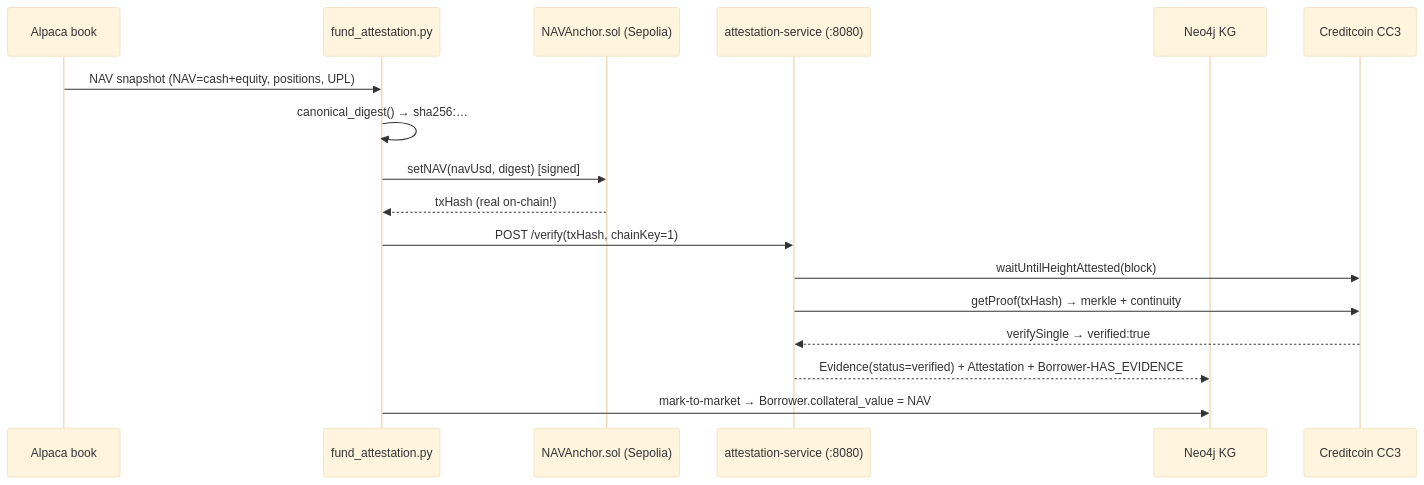
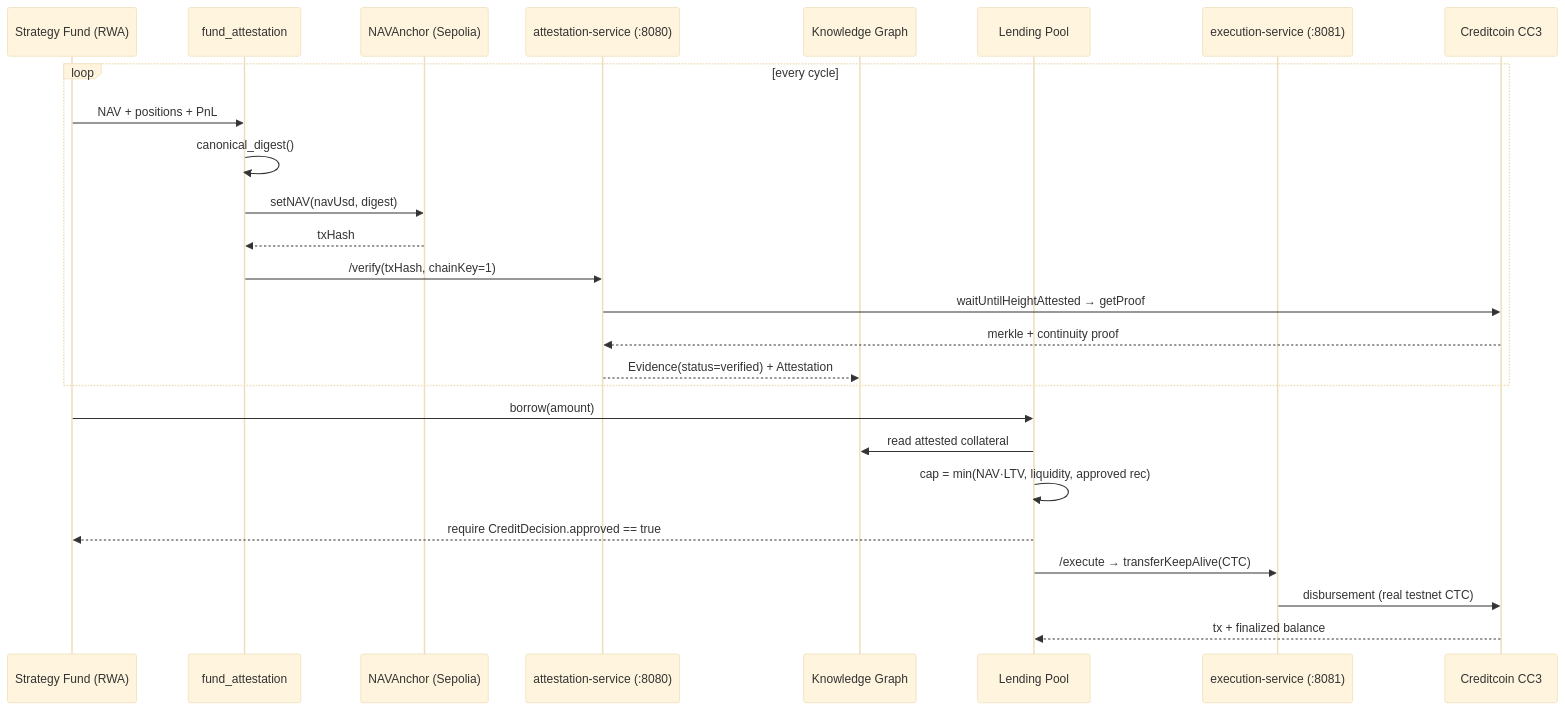
Before and after one commit to Godwin-88/sturdy-couscous: the third of 4 diagrams in docs/BUIDL_CTC_2026_WHITEPAPER.md, drawn with Mermaid (base theme). The commit also changed other lines of this file and 3 other files, not shown here.

Commit message:
docs(ctc): Creditcoin\/Attestcoin-only BUIDL submission — Whitepaper v2 (CEIP-ready), Attestcoin feedback report, split DreamDEX feedback

````diff
--- a/docs/BUIDL_CTC_2026_WHITEPAPER.md
+++ b/docs/BUIDL_CTC_2026_WHITEPAPER.md
@@ -173,20 +188,30 @@
 ```mermaid
 sequenceDiagram
-    participant A as Alpaca book
-    participant F as fund_attestation.py
-    participant N as NAVAnchor.sol (Sepolia)
-    participant S as attestation-service (:8080)
-    participant K as Neo4j KG
-    participant C as Creditcoin CC3
+    participant Fund as Strategy Fund (RWA)
+    participant FA as fund_attestation
+    participant Anchor as NAVAnchor (Sepolia)
+    participant AS as attestation-service (:8080)
+    participant KG as Knowledge Graph
+    participant Pool as Lending Pool
+    participant ES as execution-service (:8081)
+    participant CC3 as Creditcoin CC3
 
-    A->>F: NAV snapshot (NAV=cash+equity, positions, UPL)
-    F->>F: canonical_digest() → sha256:…
-    F->>N: setNAV(navUsd, digest) [signed]
-    N-->>F: txHash (real on-chain!)
-    F->>S: POST /verify(txHash, chainKey=1)
-    S->>C: waitUntilHeightAttested(block)
-    S->>C: getProof(txHash) → merkle + continuity
-    C-->>S: verifySingle → verified:true
-    S-->>K: Evidence(status=verified) + Attestation + Borrower-HAS_EVIDENCE
-    F->>K: mark-to-market → Borrower.collateral_value = NAV
+    loop every cycle
+        Fund->>FA: NAV + positions + PnL
+        FA->>FA: canonical_digest()
+        FA->>Anchor: setNAV(navUsd, digest)
+        Anchor-->>FA: txHash
+        FA->>AS: /verify(txHash, chainKey=1)
+        AS->>CC3: waitUntilHeightAttested → getProof
+        CC3-->>AS: merkle + continuity proof
+        AS-->>KG: Evidence(status=verified) + Attestation
+    end
+
+    Fund->>Pool: borrow(amount)
+    Pool->>KG: read attested collateral
+    Pool->>Pool: cap = min(NAV·LTV, liquidity, approved rec)
+    Pool-->>Fund: require CreditDecision.approved == true
+    Pool->>ES: /execute → transferKeepAlive(CTC)
+    ES->>CC3: disbursement (real testnet CTC)
+    CC3-->>Pool: tx + finalized balance
 ```
````
